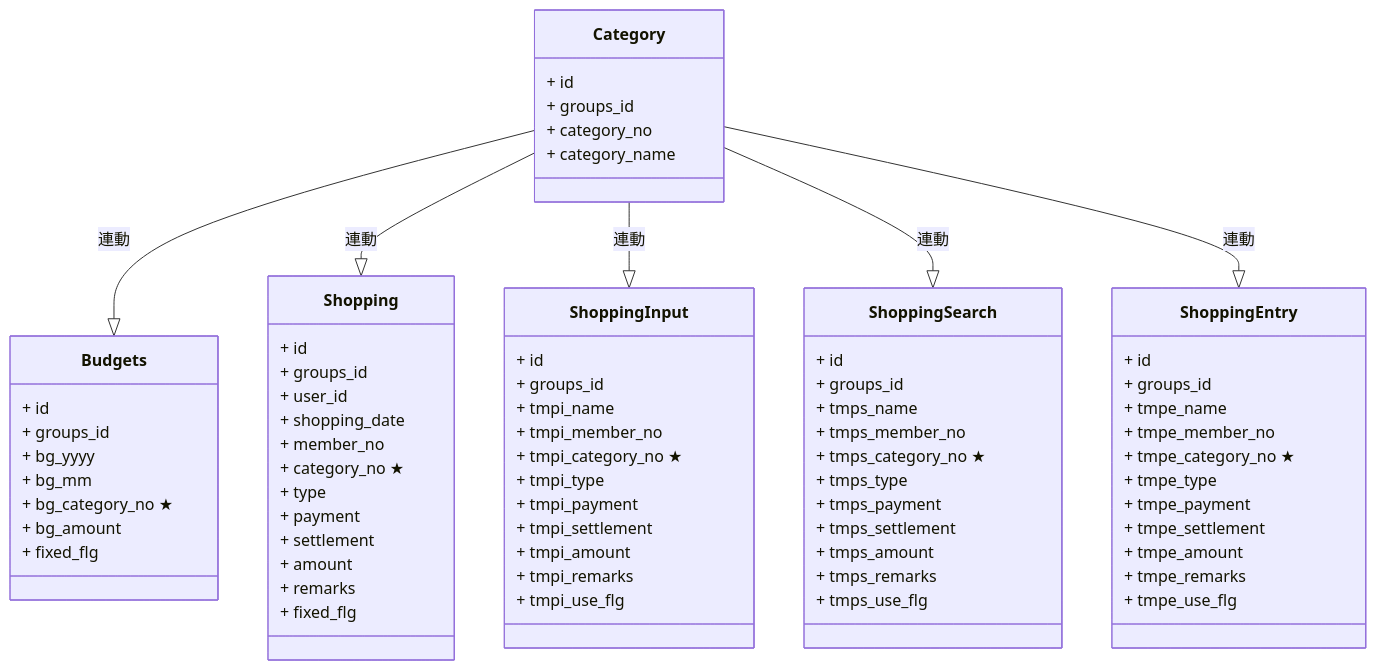
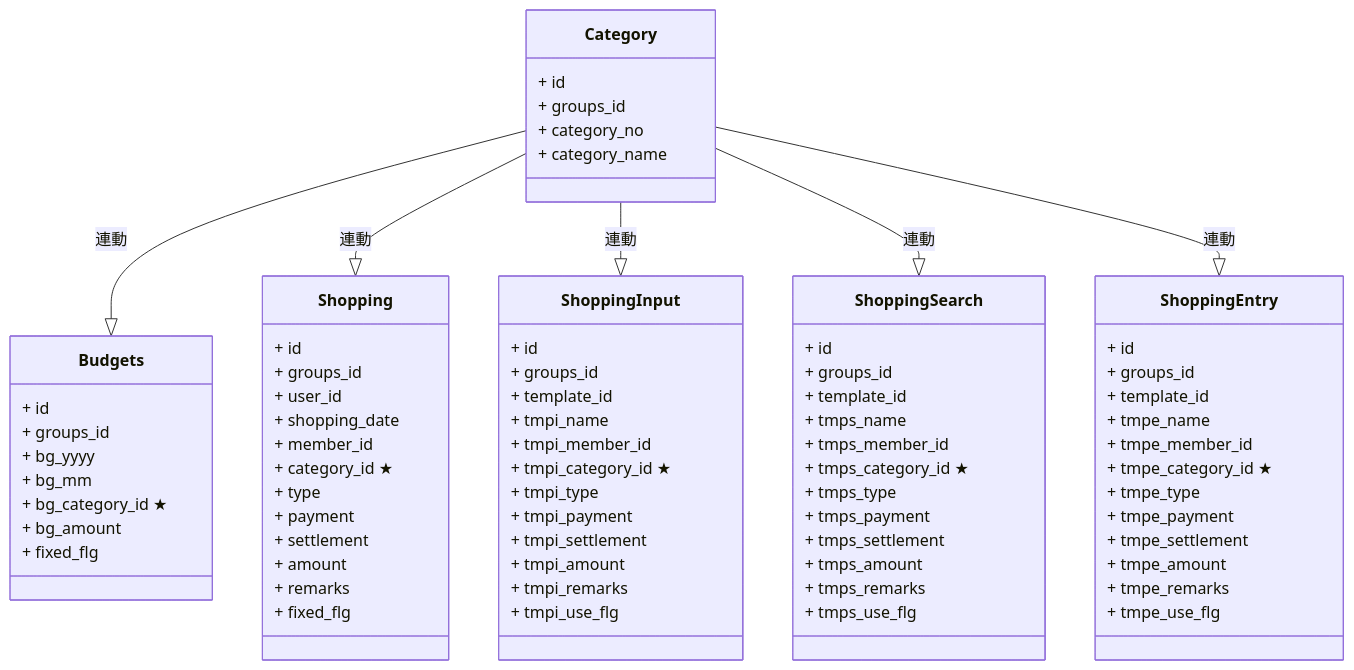
Before and after one commit to ryota-tojo/home: the diagram in server/etc/document/transaction/カテゴリー.md, drawn with Mermaid. The commit also changed 101 other files, not shown here.

```diff
--- a/server/etc/document/transaction/カテゴリー.md
+++ b/server/etc/document/transaction/カテゴリー.md
@@ -14,7 +14,7 @@
         + groups_id
         + bg_yyyy
         + bg_mm
-        + bg_category_no ★
+        + bg_category_id ★
         + bg_amount
         + fixed_flg
     }
@@ -24,8 +24,8 @@
         + groups_id
         + user_id
         + shopping_date
-        + member_no
-        + category_no ★
+        + member_id
+        + category_id ★
         + type
         + payment
         + settlement
@@ -37,9 +37,10 @@
     class ShoppingInput {
         + id
         + groups_id
+        + template_id
         + tmpi_name
-        + tmpi_member_no
-        + tmpi_category_no ★
+        + tmpi_member_id
+        + tmpi_category_id ★
         + tmpi_type
         + tmpi_payment
         + tmpi_settlement
@@ -51,9 +52,10 @@
     class ShoppingSearch {
         + id
         + groups_id
+        + template_id
         + tmps_name
-        + tmps_member_no
-        + tmps_category_no ★
+        + tmps_member_id
+        + tmps_category_id ★
         + tmps_type
         + tmps_payment
         + tmps_settlement
@@ -65,9 +67,10 @@
     class ShoppingEntry {
         + id
         + groups_id
+        + template_id
         + tmpe_name
-        + tmpe_member_no
-        + tmpe_category_no ★
+        + tmpe_member_id
+        + tmpe_category_id ★
         + tmpe_type
         + tmpe_payment
         + tmpe_settlement
```
